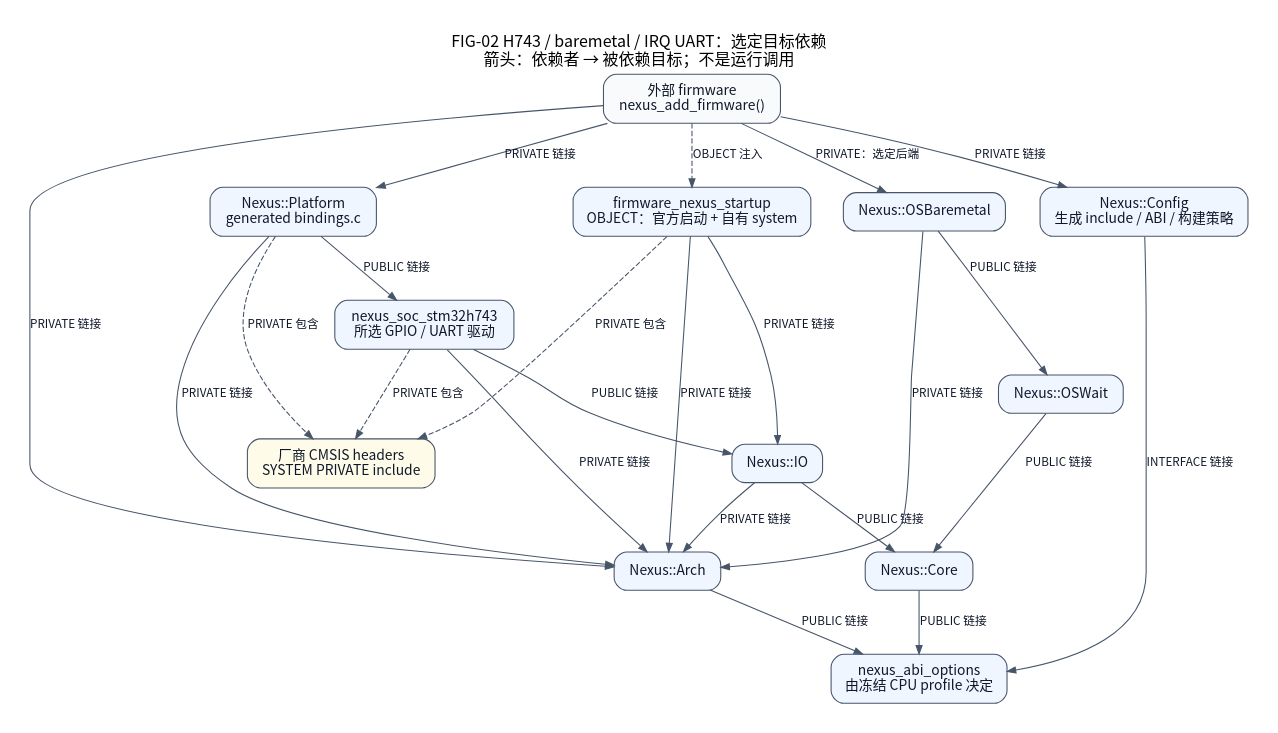
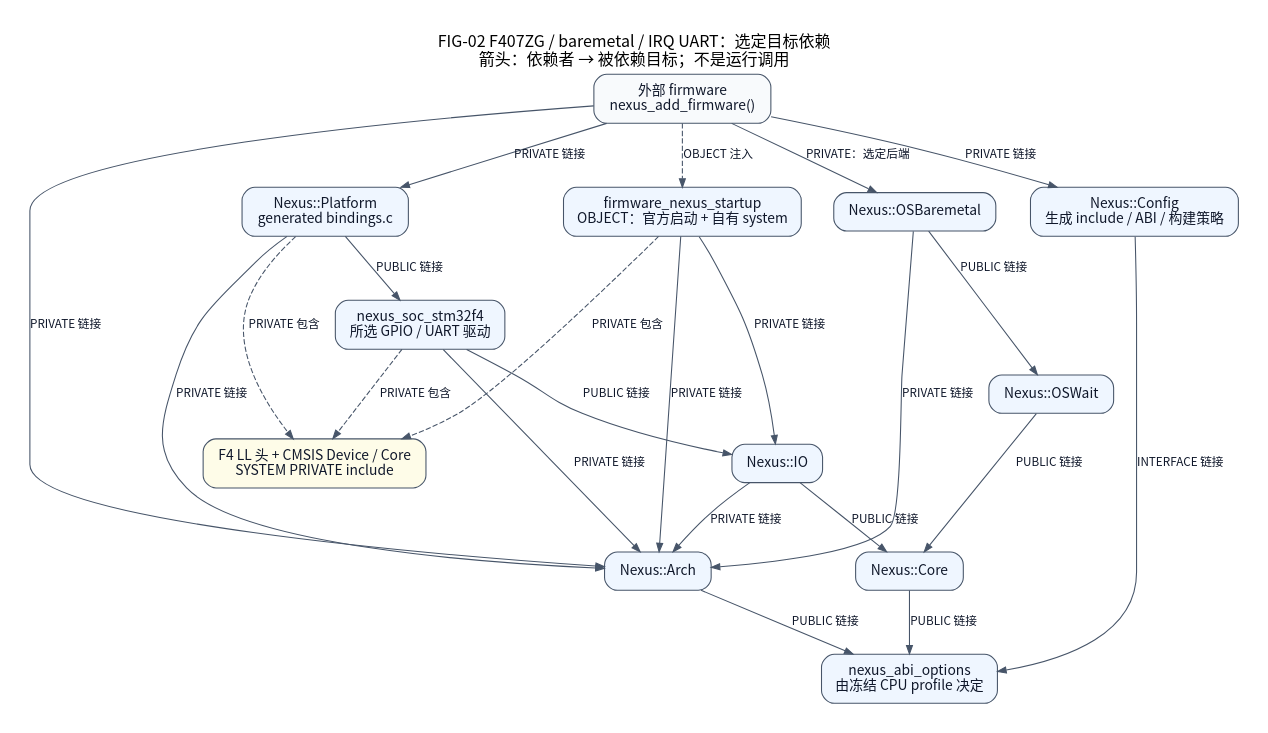
One commit to X-Gen-Lab/nexus changed the diagram in docs/assets/diagrams/localized/zh_CN/build-targets.dot. Above: the diagram before and after it, drawn with Graphviz. The commit also changed 2170 other files, not shown here.

```diff
--- a/docs/assets/diagrams/localized/zh_CN/build-targets.dot
+++ b/docs/assets/diagrams/localized/zh_CN/build-targets.dot
@@ -1,51 +1,51 @@
 // FIG-02 reference: source-backed, scoped engineering view.
 // Code basis: 0111c8d3b9c7b37d258b9c401070305b13b6f3a1.
 // Relations and qualification limits are documented in README.md.
 digraph BuildTargets {
     graph [newrank=true, rankdir=TB, bgcolor="white", pad=0.28, nodesep=0.42,
            ranksep=0.66, fontname="Noto Sans CJK SC", fontsize=15,
            labelloc=t];
     node [shape=box, style="rounded,filled", fillcolor="#eff6ff",
           color="#475569", fontcolor="#0f172a", fontname="Noto Sans CJK SC",
           fontsize=13, margin="0.18,0.12"];
     edge [color="#475569", fontcolor="#0f172a",
           fontname="Noto Sans CJK SC", fontsize=11, arrowsize=0.8];
 
-    graph [label="FIG-02 H743 / baremetal / IRQ UART：选定目标依赖\n箭头：依赖者 → 被依赖目标；不是运行调用"];
+    graph [label="FIG-02 F407ZG / baremetal / IRQ UART：选定目标依赖\n箭头：依赖者 → 被依赖目标；不是运行调用"];
     firmware [label="外部 firmware\nnexus_add_firmware()", fillcolor="#f8fafc"];
     startup [label="firmware_nexus_startup\nOBJECT：官方启动 + 自有 system"];
     platform [label="Nexus::Platform\ngenerated bindings.c"];
-    soc [label="nexus_soc_stm32h743\n所选 GPIO / UART 驱动"];
+    soc [label="nexus_soc_stm32f4\n所选 GPIO / UART 驱动"];
     io [label="Nexus::IO"];
     arch [label="Nexus::Arch"];
     core [label="Nexus::Core"];
     bare [label="Nexus::OSBaremetal"];
     wait [label="Nexus::OSWait"];
     abi [label="nexus_abi_options\n由冻结 CPU profile 决定"];
     config [label="Nexus::Config\n生成 include / ABI / 构建策略"];
-    sdk [label="厂商 CMSIS headers\nSYSTEM PRIVATE include", fillcolor="#fefce8"];
+    sdk [label="F4 LL 头 + CMSIS Device / Core\nSYSTEM PRIVATE include", fillcolor="#fefce8"];
     firmware -> platform [label="PRIVATE 链接"];
     firmware -> arch [label="PRIVATE 链接"];
     firmware -> bare [label="PRIVATE：选定后端"];
     firmware -> config [label="PRIVATE 链接"];
     firmware -> startup [label="OBJECT 注入", style=dashed];
     platform -> soc [label="PUBLIC 链接"];
     platform -> arch [label="PRIVATE 链接"];
     platform -> sdk [label="PRIVATE 包含", style=dashed];
     soc -> io [label="PUBLIC 链接"];
     soc -> arch [label="PRIVATE 链接"];
     soc -> sdk [label="PRIVATE 包含", style=dashed];
     startup -> sdk [label="PRIVATE 包含", style=dashed];
     startup -> io [label="PRIVATE 链接"];
     startup -> arch [label="PRIVATE 链接"];
     io -> core [label="PUBLIC 链接"];
     io -> arch [label="PRIVATE 链接"];
     bare -> wait [label="PUBLIC 链接"];
     bare -> arch [label="PRIVATE 链接"];
     wait -> core [label="PUBLIC 链接"];
     core -> abi [label="PUBLIC 链接"];
     arch -> abi [label="PUBLIC 链接"];
     config -> abi [label="INTERFACE 链接"];
     { rank=same; platform; bare; startup; config; }
     { rank=same; core; arch; }
 }
```
